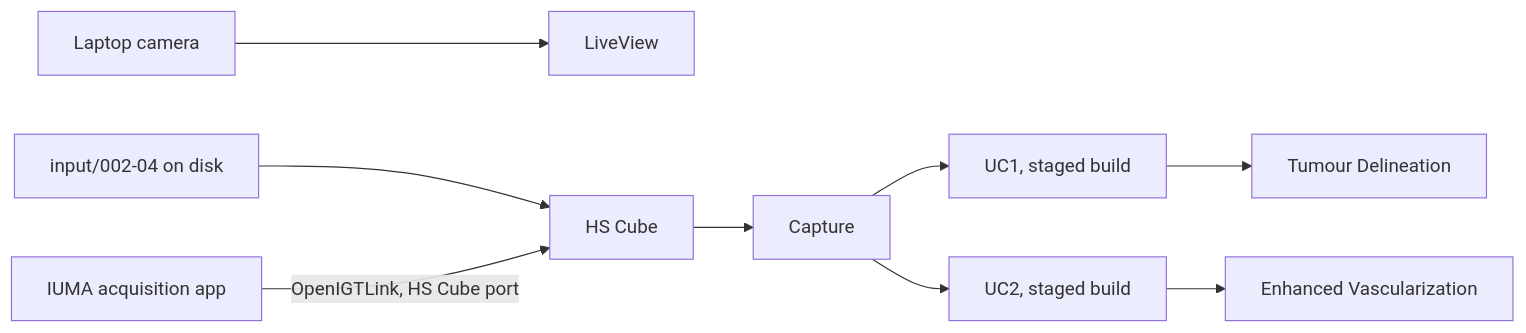
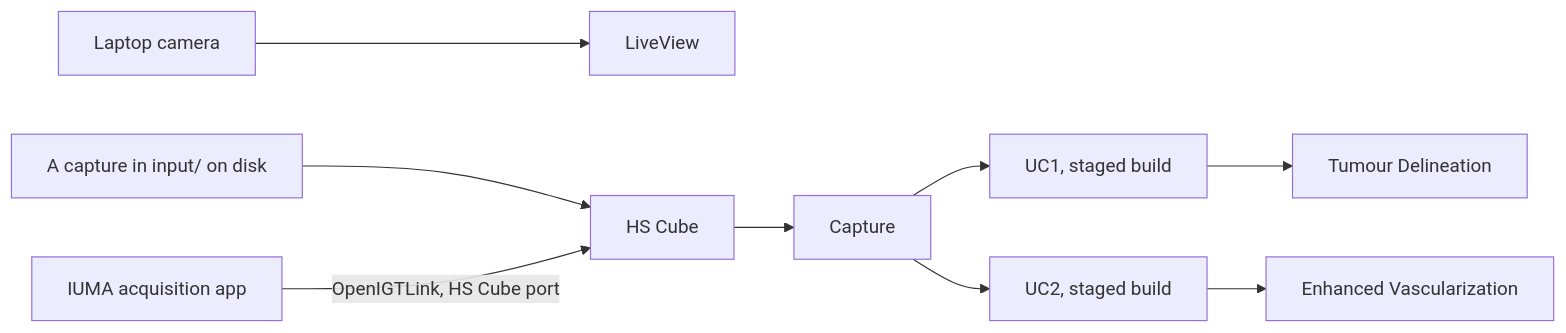
Before and after one commit to alejandrou/SLIAFlow: the diagram in docs/architecture/SLIAFLOW_IMPLEMENTATION_ROADMAP.md, drawn with Mermaid. The commit also changed other lines of this file and 36 other files, not shown here.

````diff
--- a/docs/architecture/SLIAFLOW_IMPLEMENTATION_ROADMAP.md
+++ b/docs/architecture/SLIAFLOW_IMPLEMENTATION_ROADMAP.md
@@ -79,9 +81,9 @@
 ```mermaid
 flowchart LR
     Camera[Laptop camera] --> Live[LiveView]
-    Disk[input/002-04 on disk] --> Cube[HS Cube]
+    Disk[A capture in input/ on disk] --> Cube[HS Cube]
     App[IUMA acquisition app] -->|OpenIGTLink, HS Cube port| Cube
     Cube --> Capture[Capture]
     Capture --> UC1[UC1, staged build] --> Delineation[Tumour Delineation]
     Capture --> UC2[UC2, staged build] --> Vascular[Enhanced Vascularization]
 ```
````
